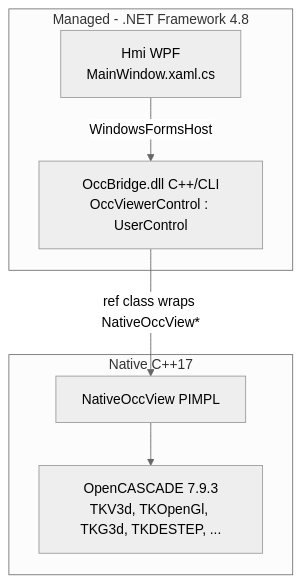
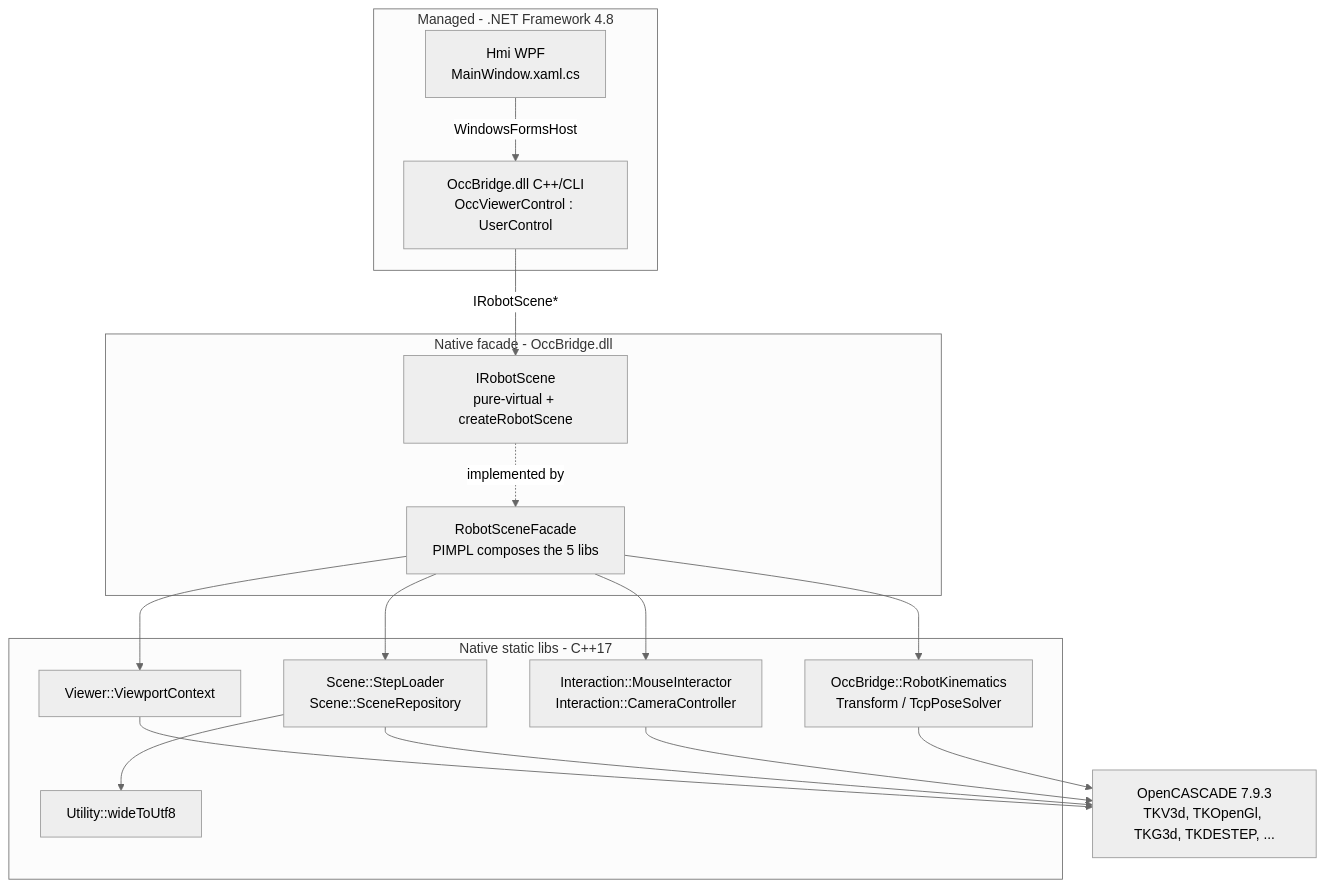
One commit to ChengChengYang0416/robot-simulation changed the first of 3 diagrams in Docs/README.md. Above: the diagram before and after it, drawn with Mermaid (neutral theme). The commit also changed other lines of this file, not shown here.

Commit message:
update: rewrite README for post-R7 architecture (5 static libs + IRobotScene)

````diff
--- a/Docs/README.md
+++ b/Docs/README.md
@@ -53,15 +60,32 @@
 ```mermaid
 flowchart TB
     subgraph Managed[Managed - .NET Framework 4.8]
         UI[Hmi WPF<br/>MainWindow.xaml.cs]
         Bridge[OccBridge.dll C++/CLI<br/>OccViewerControl : UserControl]
     end
-    subgraph Native[Native C++17]
-        NV[NativeOccView PIMPL]
-        OCCT[OpenCASCADE 7.9.3<br/>TKV3d, TKOpenGl, TKG3d, TKDESTEP, ...]
+    subgraph Facade[Native facade - OccBridge.dll]
+        IRS[IRobotScene<br/>pure-virtual + createRobotScene]
+        RSF[RobotSceneFacade<br/>PIMPL composes the 5 libs]
     end
+    subgraph Libs[Native static libs - C++17]
+        VW[Viewer::ViewportContext]
+        SC[Scene::StepLoader<br/>Scene::SceneRepository]
+        IN[Interaction::MouseInteractor<br/>Interaction::CameraController]
+        KN[OccBridge::RobotKinematics<br/>Transform / TcpPoseSolver]
+        UT[Utility::wideToUtf8]
+    end
+    OCCT[OpenCASCADE 7.9.3<br/>TKV3d, TKOpenGl, TKG3d, TKDESTEP, ...]
 
     UI -- WindowsFormsHost --> Bridge
-    Bridge -- ref class wraps NativeOccView* --> NV
-    NV --> OCCT
+    Bridge -- IRobotScene* --> IRS
+    IRS -. implemented by .-> RSF
+    RSF --> VW
+    RSF --> SC
+    RSF --> IN
+    RSF --> KN
+    SC --> UT
+    VW --> OCCT
+    SC --> OCCT
+    IN --> OCCT
+    KN --> OCCT
 ```
````
